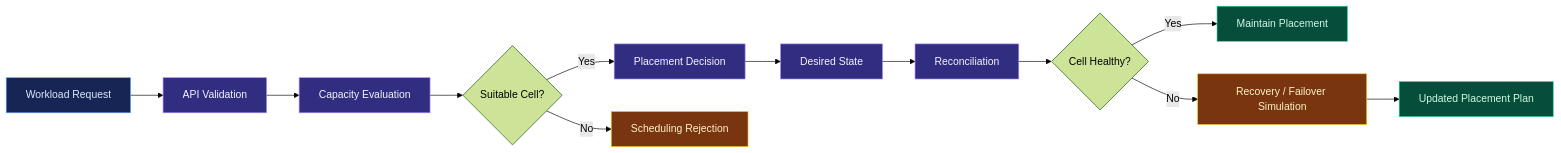
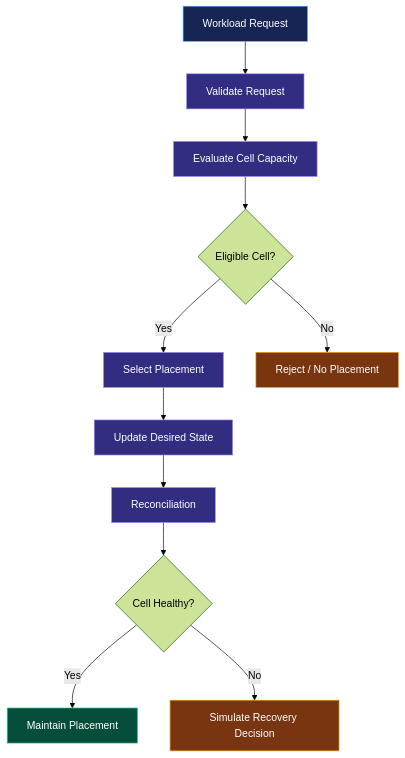
One commit to akankshad1712/cellforge-x-multi-cluster-platform changed the second of 2 diagrams in README.md. Above: the diagram before and after it, drawn with Mermaid (forest theme). The commit also changed other lines of this file, not shown here.

````diff
--- a/README.md
+++ b/README.md
@@ -327,24 +137,30 @@
 ```mermaid
-flowchart LR
-    A["Workload Request"] --> B["API Validation"]
-    B --> C["Capacity Evaluation"]
-    C --> D{"Suitable Cell?"}
-    D -->|Yes| E["Placement Decision"]
-    D -->|No| F["Scheduling Rejection"]
-    E --> G["Desired State"]
-    G --> H["Reconciliation"]
-    H --> I{"Cell Healthy?"}
-    I -->|Yes| J["Maintain Placement"]
-    I -->|No| K["Recovery / Failover Simulation"]
-    K --> L["Updated Placement Plan"]
+flowchart TD
+    R["Workload Request"]
+    V["Validate Request"]
+    C["Evaluate Cell Capacity"]
+    D{"Eligible Cell?"}
+    P["Select Placement"]
+    N["Reject / No Placement"]
+    S["Update Desired State"]
+    RC["Reconciliation"]
+    H{"Cell Healthy?"}
+    OK["Maintain Placement"]
+    F["Simulate Recovery Decision"]
 
-    classDef input fill:#172554,stroke:#60A5FA,color:#DBEAFE
-    classDef process fill:#312E81,stroke:#A78BFA,color:#F5F3FF
-    classDef success fill:#064E3B,stroke:#34D399,color:#D1FAE5
-    classDef warning fill:#78350F,stroke:#FBBF24,color:#FEF3C7
+    R --> V --> C --> D
+    D -->|Yes| P --> S --> RC --> H
+    D -->|No| N
+    H -->|Yes| OK
+    H -->|No| F
 
-    class A input
-    class B,C,E,G,H process
-    class J,L success
-    class F,K warning
+    classDef start fill:#172554,stroke:#60A5FA,color:#FFFFFF
+    classDef process fill:#312E81,stroke:#A78BFA,color:#FFFFFF
+    classDef success fill:#064E3B,stroke:#34D399,color:#FFFFFF
+    classDef warning fill:#78350F,stroke:#F59E0B,color:#FFFFFF
+
+    class R start
+    class V,C,P,S,RC process
+    class OK success
+    class N,F warning
 ```
````
